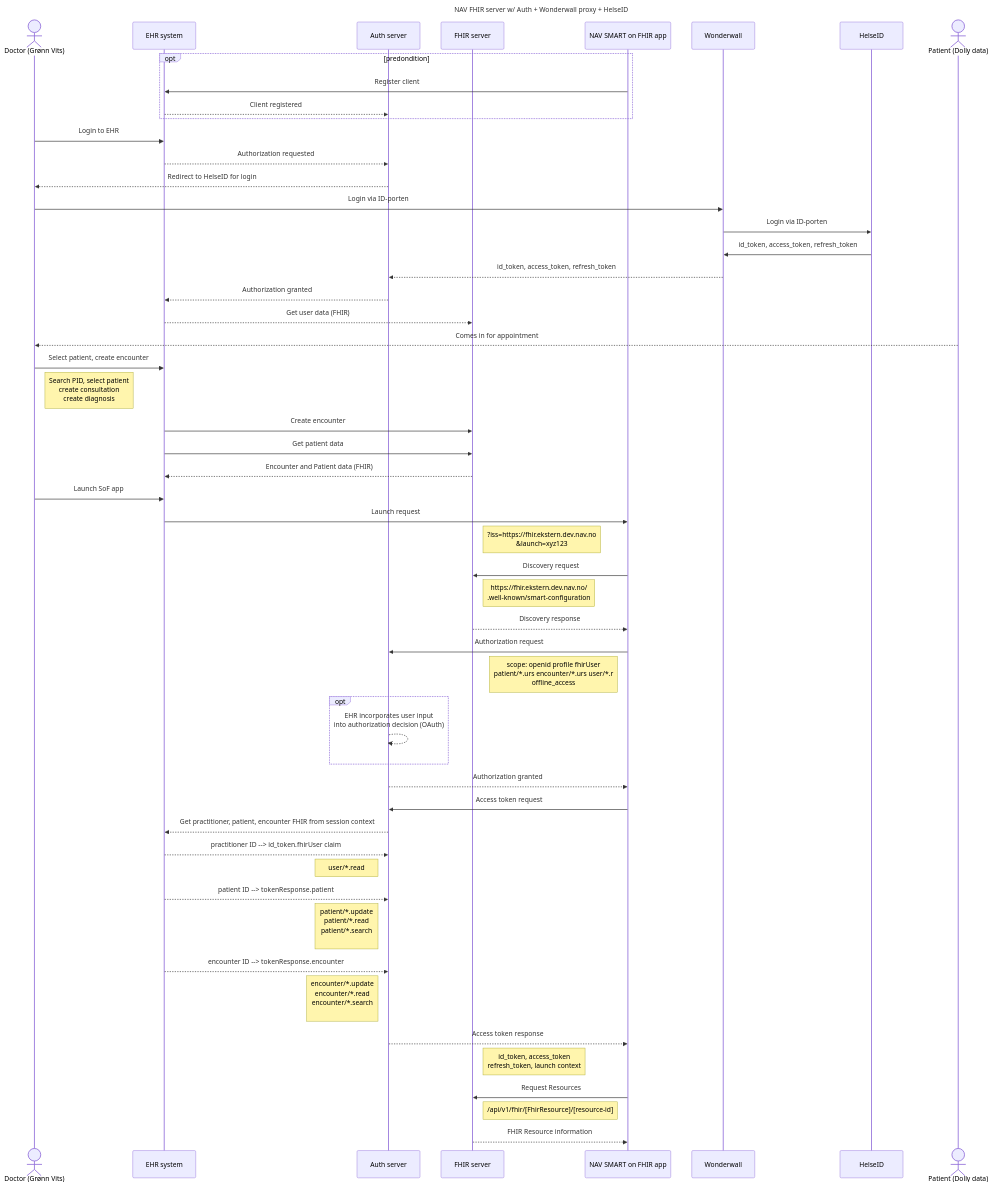
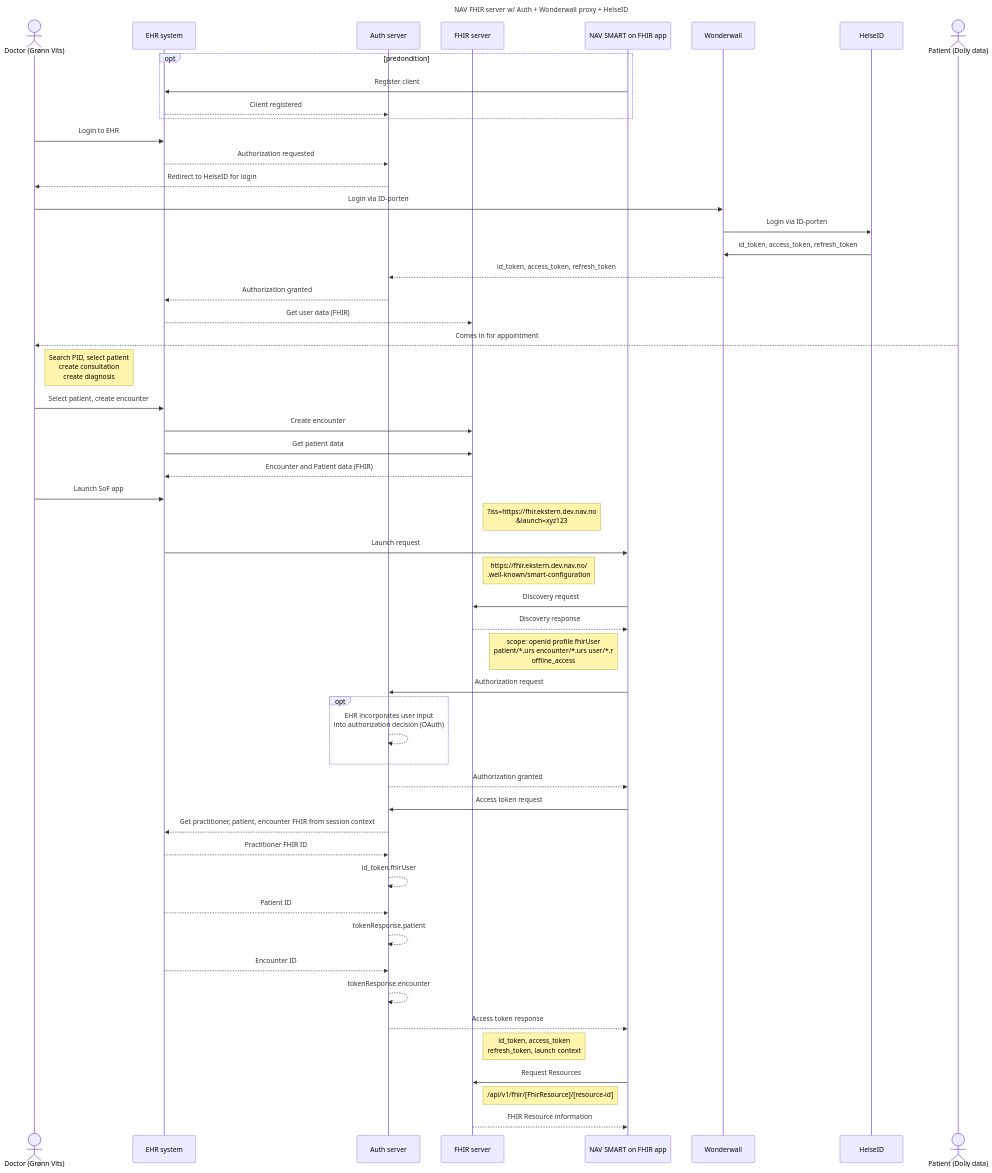
The diagram in README.md (navikt/nav-fhir-server), drawn with Mermaid before and after one commit.

Commit message:
Add more context to chart

````diff
--- a/README.md
+++ b/README.md
@@ -24,59 +24,59 @@
 ```mermaid
 ---
 title: NAV FHIR server w/ Auth + Wonderwall proxy + HelseID
 ---
 sequenceDiagram
     actor DOC as Doctor (Grønn Vits)
     participant EHR as EHR system
     participant AUTH as Auth server
     participant FHIR as FHIR server
     participant NAV as NAV SMART on FHIR app
     participant WALL as Wonderwall
     participant HID as HelseID
     actor PAT as Patient (Dolly data)
     
     opt predondition 
         NAV ->> EHR: Register client
         EHR -->> AUTH: Client registered
     end
     DOC ->> EHR: Login to EHR
     EHR -->> AUTH:  Authorization requested
     AUTH -->> DOC: Redirect to HelseID for login
     DOC ->> WALL: Login via ID-porten
     WALL ->> HID: Login via ID-porten
     HID ->> WALL: id_token, access_token, refresh_token
     WALL -->> AUTH: id_token, access_token, refresh_token
     AUTH -->> EHR:  Authorization granted
     EHR -->> FHIR:  Get user data (FHIR)
     PAT -->> DOC: Comes in for appointment
+    Note right of DOC: Search PID, select patient<br>create consultation<br>create diagnosis
     DOC ->> EHR: Select patient, create encounter
-    Note right of DOC: Search PID, select patient<br>create consultation<br>create diagnosis
     EHR ->> FHIR: Create encounter
     EHR ->> FHIR: Get patient data
     FHIR -->> EHR: Encounter and Patient data (FHIR)
     DOC ->> EHR: Launch SoF app
+    Note right of FHIR: ?iss=https://fhir.ekstern.dev.nav.no<br>&launch=xyz123
     EHR ->> NAV: Launch request
-    Note right of FHIR: ?iss=https://fhir.ekstern.dev.nav.no<br>&launch=xyz123
+    Note right of FHIR: https://fhir.ekstern.dev.nav.no/<br>.well-known/smart-configuration
     NAV ->> FHIR: Discovery request
-    Note right of FHIR: https://fhir.ekstern.dev.nav.no/<br>.well-known/smart-configuration
     FHIR -->> NAV: Discovery response
+    note left of NAV: scope: openid profile fhirUser<br>patient/*.urs encounter/*.urs user/*.r<br>offline_access
     NAV ->> AUTH: Authorization request
-    note left of NAV: scope: openid profile fhirUser<br>patient/*.urs encounter/*.urs user/*.r<br>offline_access
     opt
         AUTH -->> AUTH: EHR incorporates user input<br>into authorization decision (OAuth)
     end
     AUTH -->> NAV: Authorization granted
     NAV ->> AUTH: Access token request
     AUTH -->> EHR: Get practitioner, patient, encounter FHIR from session context
-    EHR -->> AUTH: practitioner ID --> id_token.fhirUser claim
-    Note left of AUTH: user/*.read
-    EHR -->> AUTH: patient ID --> tokenResponse.patient
-    Note left of AUTH: patient/*.update<br>patient/*.read<br>patient/*.search<br>
-    EHR -->> AUTH: encounter ID --> tokenResponse.encounter
-    Note left of AUTH: encounter/*.update<br>encounter/*.read<br>encounter/*.search<br>
+    EHR -->> AUTH: Practitioner FHIR ID
+    AUTH -->> AUTH: id_token.fhirUser
+    EHR -->> AUTH: Patient ID
+    AUTH -->> AUTH: tokenResponse.patient
+    EHR -->> AUTH: Encounter ID
+    AUTH -->> AUTH: tokenResponse.encounter
     AUTH -->> NAV: Access token response
     Note right of FHIR: id_token, access_token<br>refresh_token, launch context
     NAV ->> FHIR: Request Resources
     Note left of NAV: /api/v1/fhir/[FhirResource]/[resource-id]
     FHIR -->> NAV: FHIR Resource information
 ```
````
